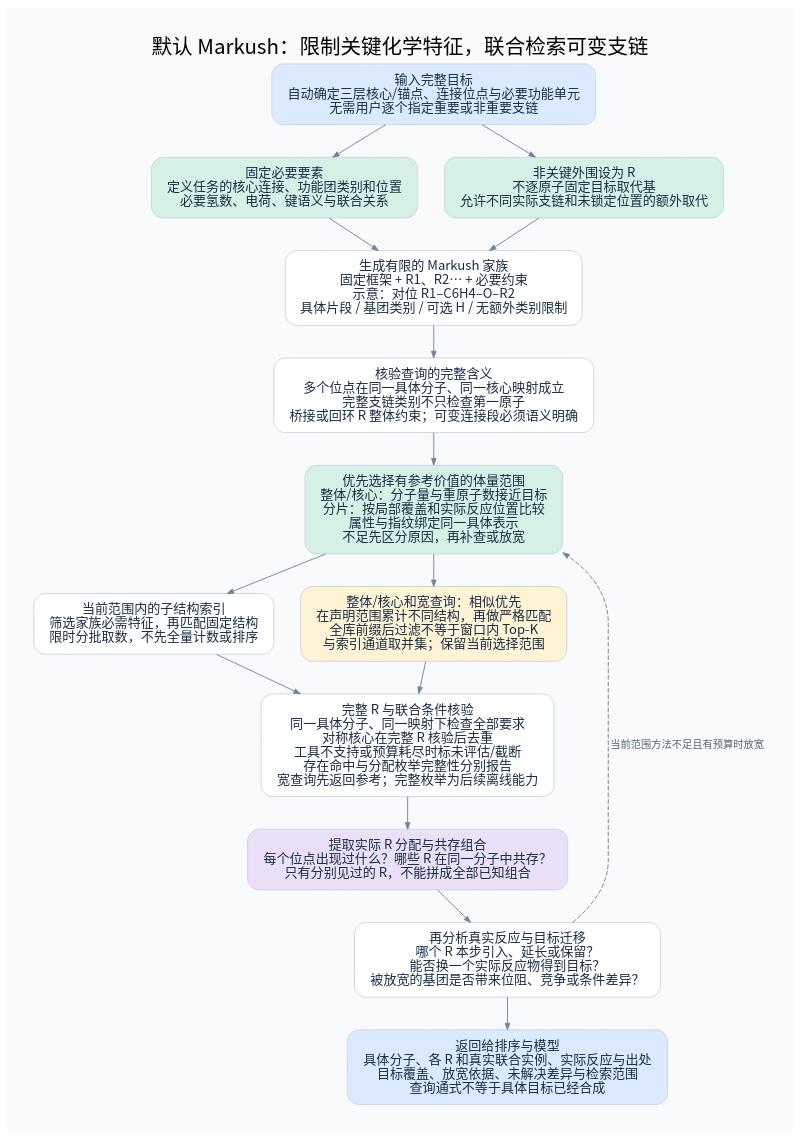
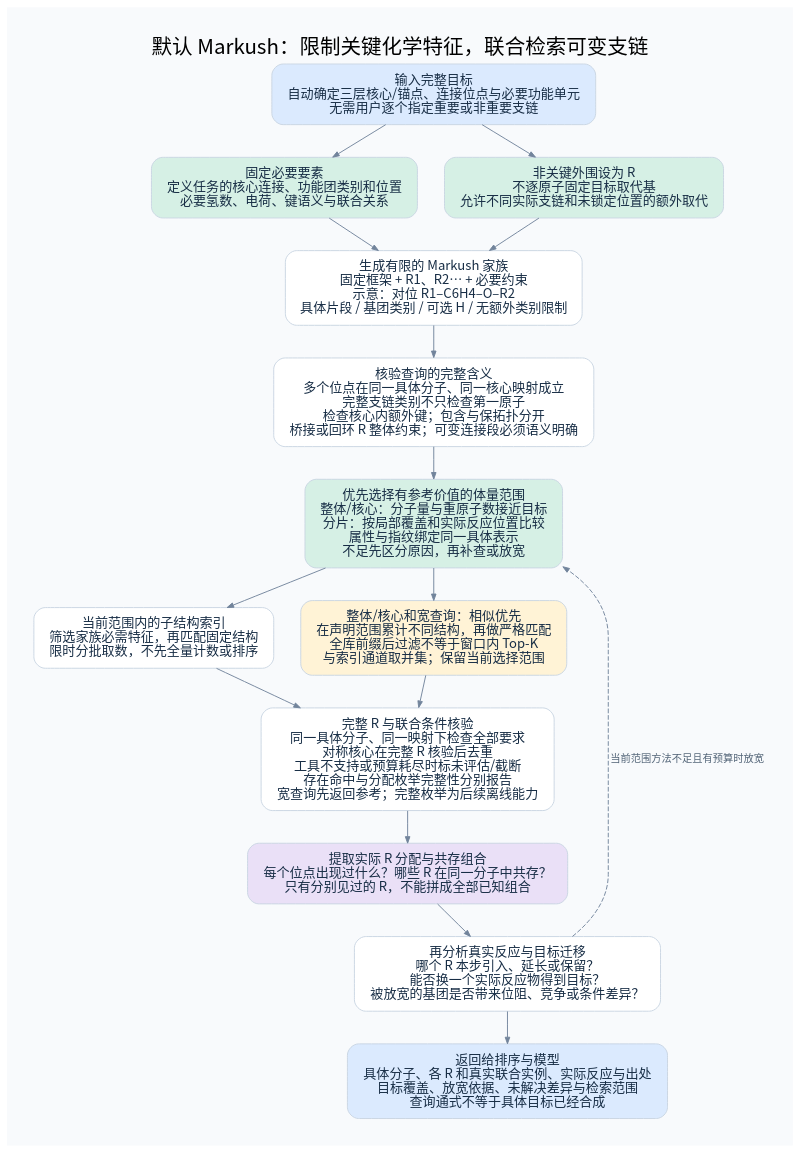
Before and after one commit to 825728139/substructure_search: the diagram in diagrams/markush-query.dot, drawn with Graphviz. The commit also changed 24 other files, not shown here.

```diff
--- a/diagrams/markush-query.dot
+++ b/diagrams/markush-query.dot
@@ -1,62 +1,63 @@
 digraph G {
 
 graph [rankdir=TB, bgcolor="#F8FAFC", pad="0.4", nodesep="0.40", ranksep="0.46", fontname="Noto Sans CJK SC", fontsize=22, labelloc=t];
 node [shape=box, style="rounded,filled", fillcolor="white", color="#CAD5E2", fontcolor="#172D45", fontname="Noto Sans CJK SC", fontsize=14, margin="0.20,0.14"];
 edge [color="#72849B", arrowsize=0.7, fontname="Noto Sans CJK SC", fontsize=11, fontcolor="#526477"];
 
 label="默认 Markush：限制关键化学特征，联合检索可变支链";
 a [label="输入完整目标
 自动确定三层核心/锚点、连接位点与必要功能单元
 无需用户逐个指定重要或非重要支链", fillcolor="#DBEAFE"];
 fixed [label="固定必要要素
 定义任务的核心连接、功能团类别和位置
 必要氢数、电荷、键语义与联合关系", fillcolor="#D6F0E5"];
 variable [label="非关键外围设为 R
 不逐原子固定目标取代基
 允许不同实际支链和未锁定位置的额外取代", fillcolor="#D6F0E5"];
 family [label="生成有限的 Markush 家族
 固定框架 + R1、R2… + 必要约束
 示意：对位 R1–C6H4–O–R2
 具体片段 / 基团类别 / 可选 H / 无额外类别限制"];
 relations [label="核验查询的完整含义
 多个位点在同一具体分子、同一核心映射成立
 完整支链类别不只检查第一原子
+检查核心内额外键；包含与保拓扑分开
 桥接或回环 R 整体约束；可变连接段必须语义明确"];
 scope [label="优先选择有参考价值的体量范围
 整体/核心：分子量与重原子数接近目标
 分片：按局部覆盖和实际反应位置比较
 属性与指纹绑定同一具体表示
 不足先区分原因，再补查或放宽", fillcolor="#D6F0E5"];
 index [label="当前范围内的子结构索引
 筛选家族必需特征，再匹配固定结构
 限时分批取数，不先全量计数或排序"];
 similar [label="整体/核心和宽查询：相似优先
 在声明范围累计不同结构，再做严格匹配
 全库前缀后过滤不等于窗口内 Top-K
 与索引通道取并集；保留当前选择范围", fillcolor="#FFF3D6"];
 search [label="完整 R 与联合条件核验
 同一具体分子、同一映射下检查全部要求
 对称核心在完整 R 核验后去重
 工具不支持或预算耗尽时标未评估/截断
 存在命中与分配枚举完整性分别报告
 宽查询先返回参考；完整枚举为后续离线能力"];
 result [label="提取实际 R 分配与共存组合
 每个位点出现过什么？哪些 R 在同一分子中共存？
 只有分别见过的 R，不能拼成全部已知组合", fillcolor="#EAE0F7"];
 reaction [label="再分析真实反应与目标迁移
 哪个 R 本步引入、延长或保留？
 能否换一个实际反应物得到目标？
 被放宽的基团是否带来位阻、竞争或条件差异？"];
 out [label="返回给排序与模型
 具体分子、各 R 和真实联合实例、实际反应与出处
 目标覆盖、放宽依据、未解决差异与检索范围
 查询通式不等于具体目标已经合成", fillcolor="#DBEAFE"];
 a -> fixed; a -> variable;
 fixed -> family; variable -> family;
 family -> relations -> scope;
 scope -> index -> search;
 scope -> similar;
 similar -> search;
 search -> result -> reaction -> out;
 reaction -> scope [style=dashed,label="当前范围方法不足且有预算时放宽"];
 }
```
